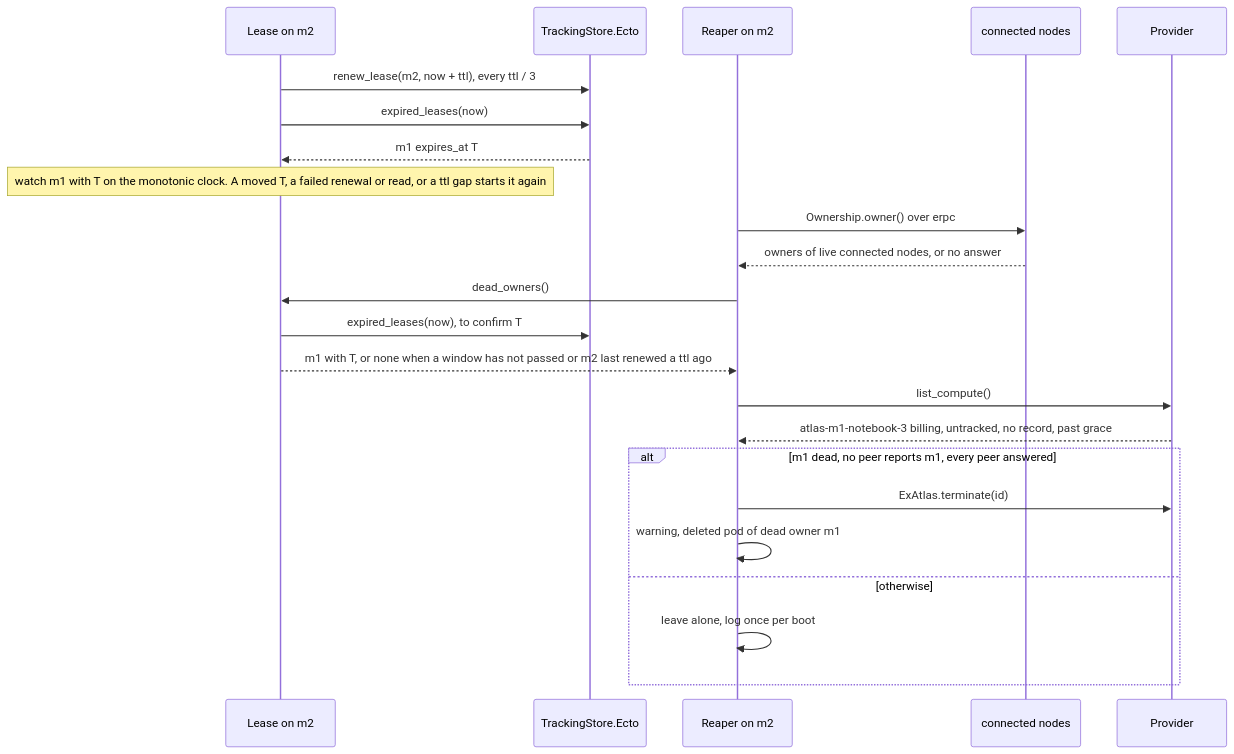
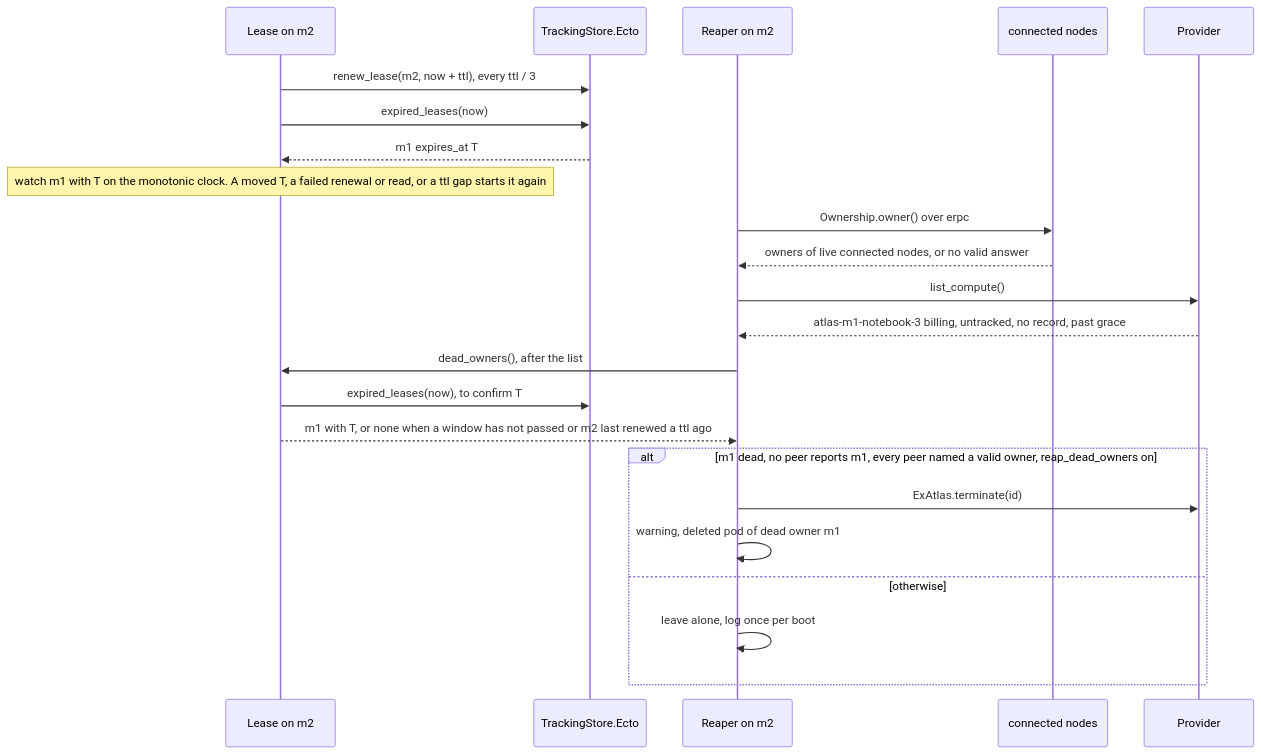
One commit to udin-io/ex_atlas changed the fourth of 15 diagrams in docs/architecture.md. Above: the diagram before and after it, drawn with Mermaid. The commit also changed 6 other files, not shown here.

Commit message:
docs: the dead-owner off switch, the lease table's trust limits and #148, refs #144

````diff
--- a/docs/architecture.md
+++ b/docs/architecture.md
@@ -186,25 +186,25 @@
 ```mermaid
 sequenceDiagram
   participant L2 as Lease on m2
   participant Store as TrackingStore.Ecto
   participant R2 as Reaper on m2
   participant Peers as connected nodes
   participant P as Provider
   L2->>Store: renew_lease(m2, now + ttl), every ttl / 3
   L2->>Store: expired_leases(now)
   Store-->>L2: m1 expires_at T
   Note over L2: watch m1 with T on the monotonic clock. A moved T, a failed renewal or read, or a ttl gap starts it again
   R2->>Peers: Ownership.owner() over erpc
-  Peers-->>R2: owners of live connected nodes, or no answer
-  R2->>L2: dead_owners()
+  Peers-->>R2: owners of live connected nodes, or no valid answer
+  R2->>P: list_compute()
+  P-->>R2: atlas-m1-notebook-3 billing, untracked, no record, past grace
+  R2->>L2: dead_owners(), after the list
   L2->>Store: expired_leases(now), to confirm T
   L2-->>R2: m1 with T, or none when a window has not passed or m2 last renewed a ttl ago
-  R2->>P: list_compute()
-  P-->>R2: atlas-m1-notebook-3 billing, untracked, no record, past grace
-  alt m1 dead, no peer reports m1, every peer answered
+  alt m1 dead, no peer reports m1, every peer named a valid owner, reap_dead_owners on
     R2->>P: ExAtlas.terminate(id)
     R2->>R2: warning, deleted pod of dead owner m1
   else otherwise
     R2->>R2: leave alone, log once per boot
   end
 ```
````
